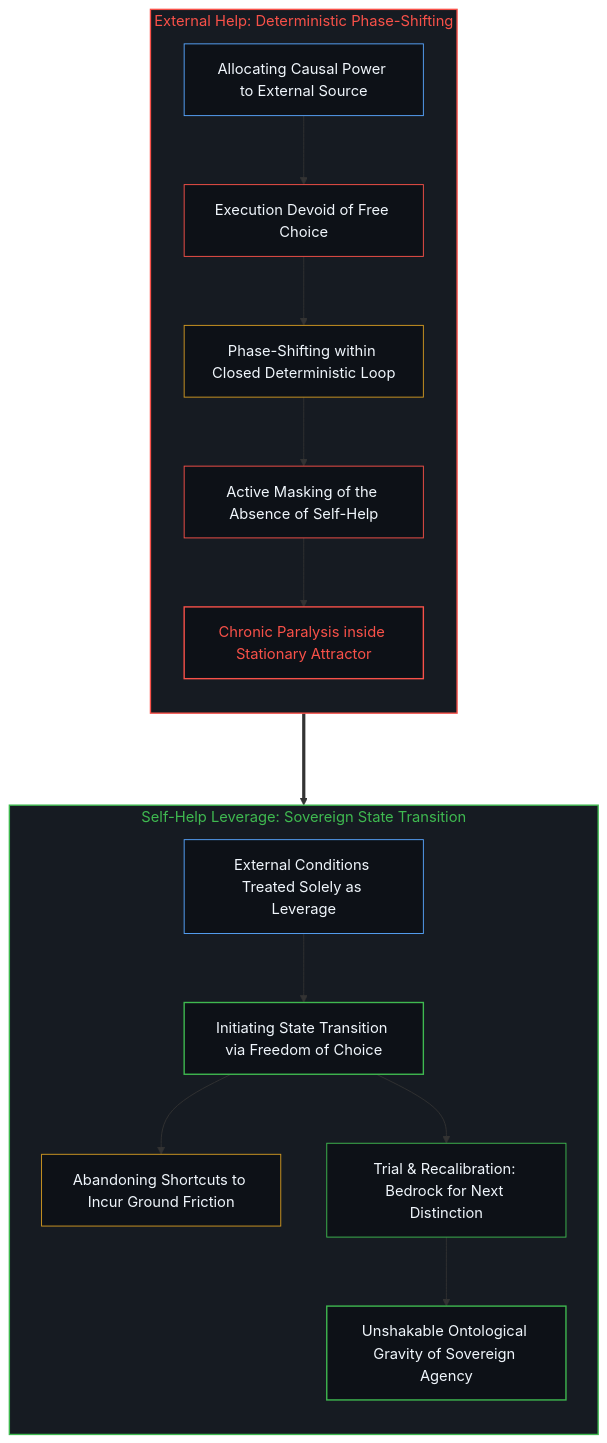
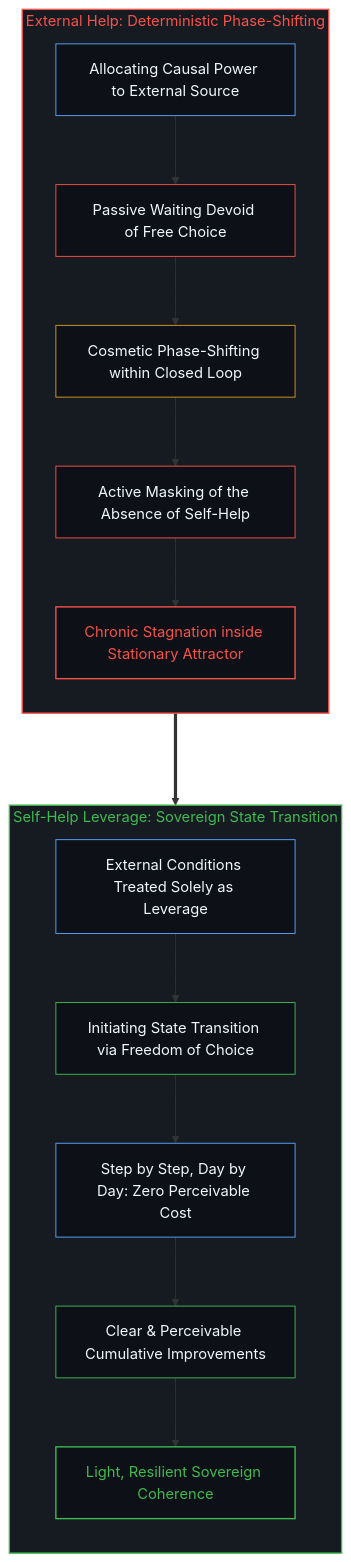
Before and after one commit to powerpig99/not-a-toe: the tenth of 10 diagrams in content/posts/choice-itself-has-no-inherent-weight.md, drawn with Mermaid. The commit also changed other lines of this file and 4 other files, not shown here.

Commit message:
Purge hardness framing: choice has zero cost when gradual; only perceivable improvement

````diff
--- a/content/posts/choice-itself-has-no-inherent-weight.md
+++ b/content/posts/choice-itself-has-no-inherent-weight.md
@@ -343,33 +361,33 @@
 ```mermaid
 graph TD
     subgraph S_Dependency_EN ["External Help: Deterministic Phase-Shifting"]
         direction TB
-        DE_Claim["Allocating Causal Power to External Source"] --> DE_Passive["Execution Devoid of Free Choice"]
-        DE_Passive --> DE_PhaseShift["Phase-Shifting within Closed Deterministic Loop"]
+        DE_Claim["Allocating Causal Power to External Source"] --> DE_Passive["Passive Waiting Devoid of Free Choice"]
+        DE_Passive --> DE_PhaseShift["Cosmetic Phase-Shifting within Closed Loop"]
         DE_PhaseShift --> DE_Masking["Active Masking of the Absence of Self-Help"]
-        DE_Masking --> DE_Paralysis["Chronic Paralysis inside Stationary Attractor"]
+        DE_Masking --> DE_Paralysis["Chronic Stagnation inside Stationary Attractor"]
     end
 
     subgraph S_Sovereignty_EN ["Self-Help Leverage: Sovereign State Transition"]
         direction TB
         RE_Leverage["External Conditions Treated Solely as Leverage"] --> RE_FreeChoice["Initiating State Transition via Freedom of Choice"]
-        RE_FreeChoice --> RE_Friction["Abandoning Shortcuts to Incur Ground Friction"]
-        RE_FreeChoice --> RE_Bedrock["Trial & Recalibration: Bedrock for Next Distinction"]
-        RE_Bedrock --> RE_Agency["Unshakable Ontological Gravity of Sovereign Agency"]
+        RE_FreeChoice --> RE_Gradual["Step by Step, Day by Day: Zero Perceivable Cost"]
+        RE_Gradual --> RE_Bedrock["Clear & Perceivable Cumulative Improvements"]
+        RE_Bedrock --> RE_Agency["Light, Resilient Sovereign Coherence"]
     end
 
     DE_Paralysis ===> RE_Leverage
 
     style S_Dependency_EN fill:#161b22,stroke:#f85149,stroke-width:1.5px,color:#f85149
     style S_Sovereignty_EN fill:#161b22,stroke:#3fb950,stroke-width:1.5px,color:#3fb950
     style DE_Claim fill:#0d1117,stroke:#58a6ff,stroke-width:1px,color:#f0f6fc
     style DE_Passive fill:#0d1117,stroke:#f85149,stroke-width:1px,color:#f0f6fc
     style DE_PhaseShift fill:#0d1117,stroke:#d29922,stroke-width:1px,color:#f0f6fc
     style DE_Masking fill:#0d1117,stroke:#f85149,stroke-width:1px,color:#f0f6fc
     style DE_Paralysis fill:#0d1117,stroke:#f85149,stroke-width:1.5px,color:#f85149
     style RE_Leverage fill:#0d1117,stroke:#58a6ff,stroke-width:1px,color:#f0f6fc
-    style RE_FreeChoice fill:#0d1117,stroke:#3fb950,stroke-width:1.5px,color:#f0f6fc
-    style RE_Friction fill:#0d1117,stroke:#d29922,stroke-width:1px,color:#f0f6fc
+    style RE_FreeChoice fill:#0d1117,stroke:#3fb950,stroke-width:1px,color:#f0f6fc
+    style RE_Gradual fill:#0d1117,stroke:#58a6ff,stroke-width:1px,color:#f0f6fc
     style RE_Bedrock fill:#0d1117,stroke:#3fb950,stroke-width:1px,color:#f0f6fc
-    style RE_Agency fill:#0d1117,stroke:#3fb950,stroke-width:1.5px,color:#f0f6fc
+    style RE_Agency fill:#0d1117,stroke:#3fb950,stroke-width:1.5px,color:#3fb950
 ```
````
